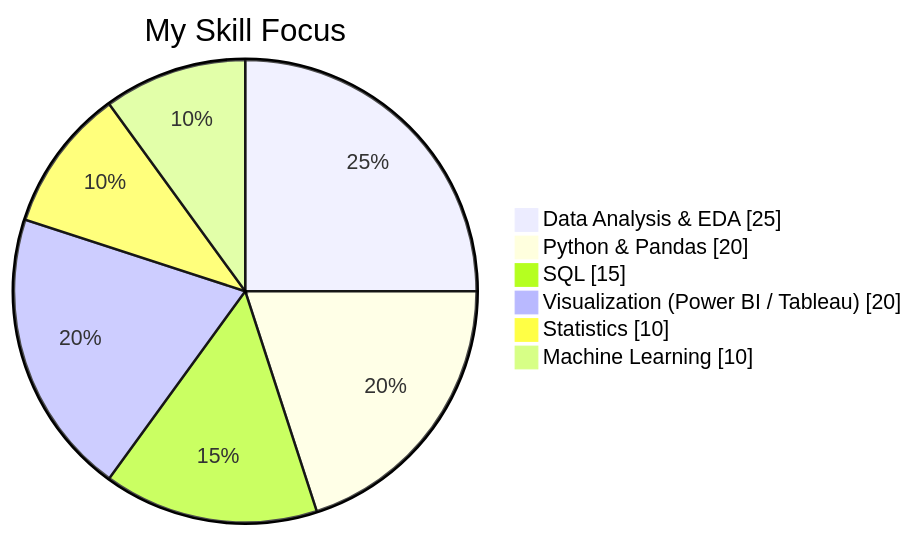
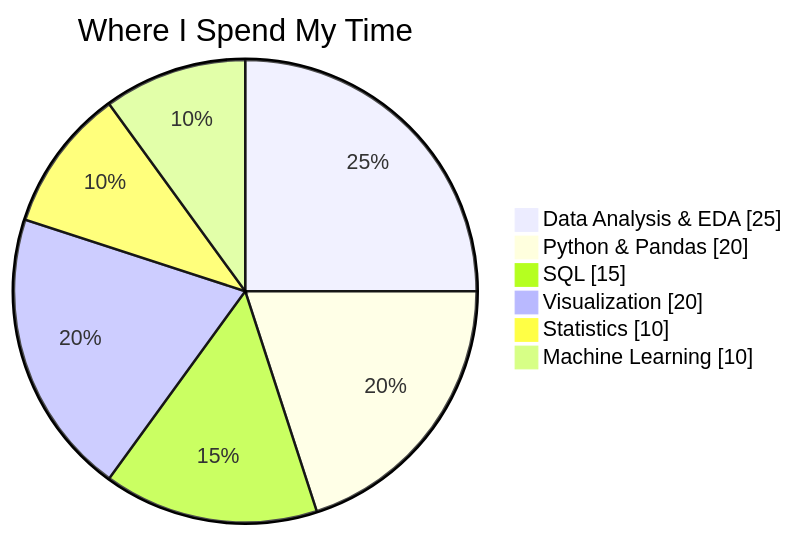
The second of 4 diagrams in README.md (Aayushi-star-ui/Aayushi-star-ui), drawn with Mermaid before and after one commit. The commit also changed other lines of this file, not shown here.

````diff
--- a/README.md
+++ b/README.md
@@ -74,10 +170,10 @@
 ```mermaid
 pie showData
-    title My Skill Focus
+    title Where I Spend My Time
     "Data Analysis & EDA" : 25
     "Python & Pandas" : 20
     "SQL" : 15
-    "Visualization (Power BI / Tableau)" : 20
+    "Visualization" : 20
     "Statistics" : 10
     "Machine Learning" : 10
 ```
````
